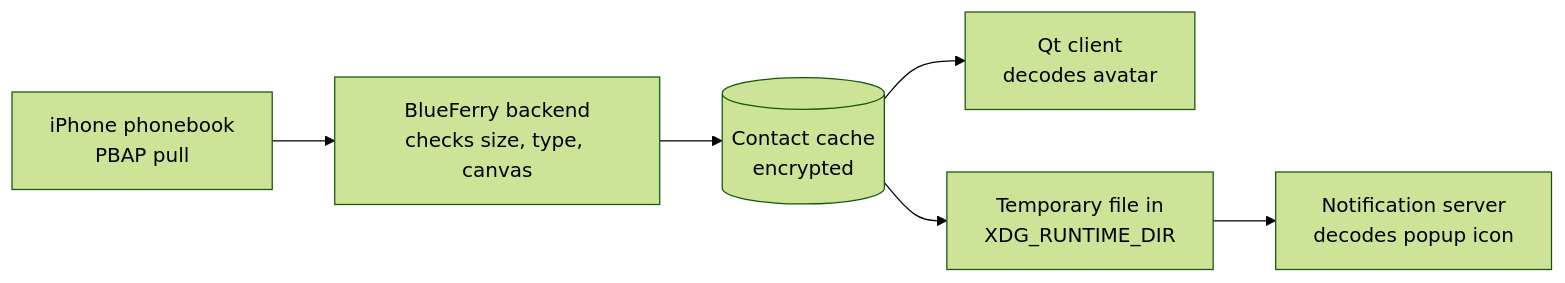
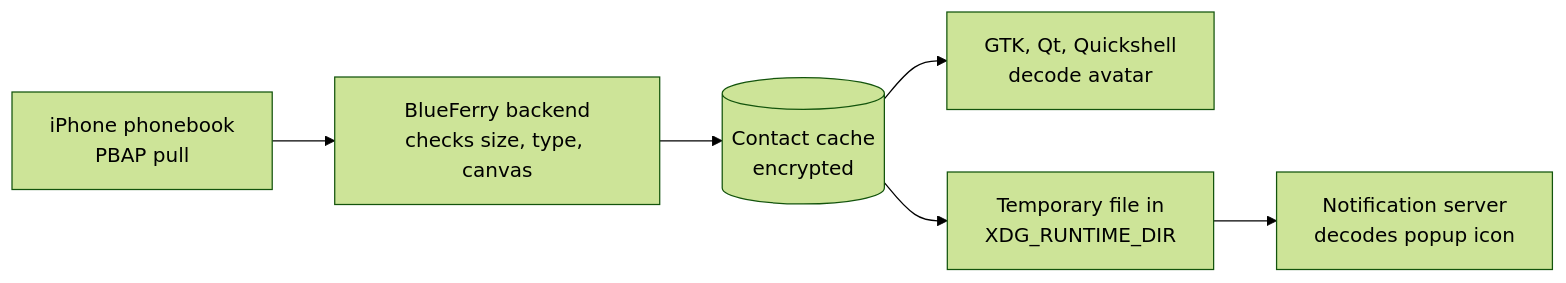
The diagram in docs/en/user/contact-photos.md (erikwb/blueferry), drawn with Mermaid (forest theme) before and after one commit. The commit also changed other lines of this file and 16 other files, not shown here.

First line of the commit message:
Show contact photos in GTK and Quickshell (#223)

````diff
--- a/docs/en/user/contact-photos.md
+++ b/docs/en/user/contact-photos.md
@@ -13,8 +14,8 @@
 ```mermaid
 flowchart LR
     A[iPhone phonebook<br/>PBAP pull] --> B[BlueFerry backend<br/>checks size, type, canvas]
     B --> C[(Contact cache<br/>encrypted)]
-    C --> D[Qt client<br/>decodes avatar]
+    C --> D[GTK, Qt, Quickshell<br/>decode avatar]
     C --> E[Temporary file in<br/>XDG_RUNTIME_DIR]
     E --> F[Notification server<br/>decodes popup icon]
 ```
````
